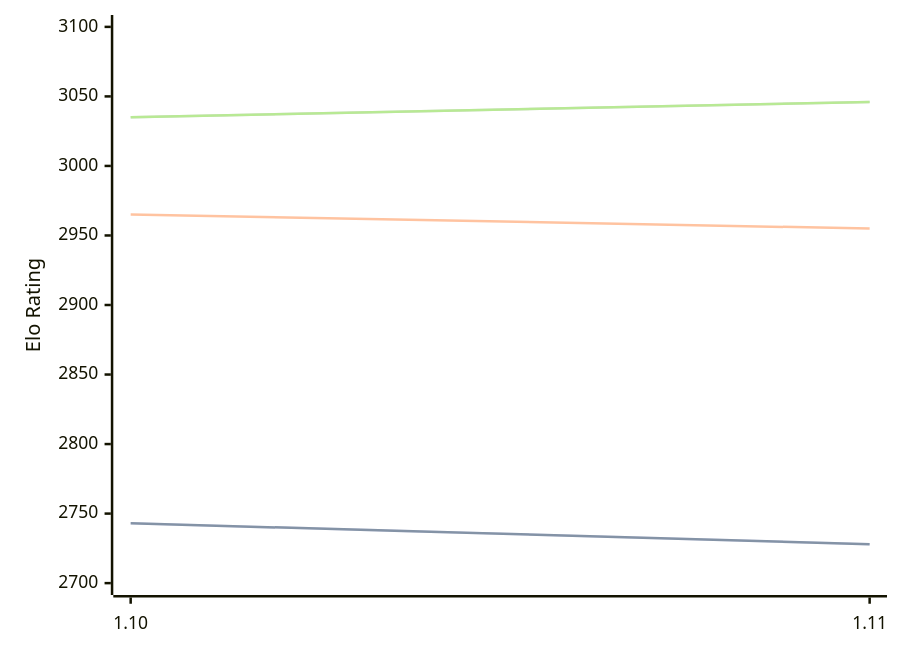
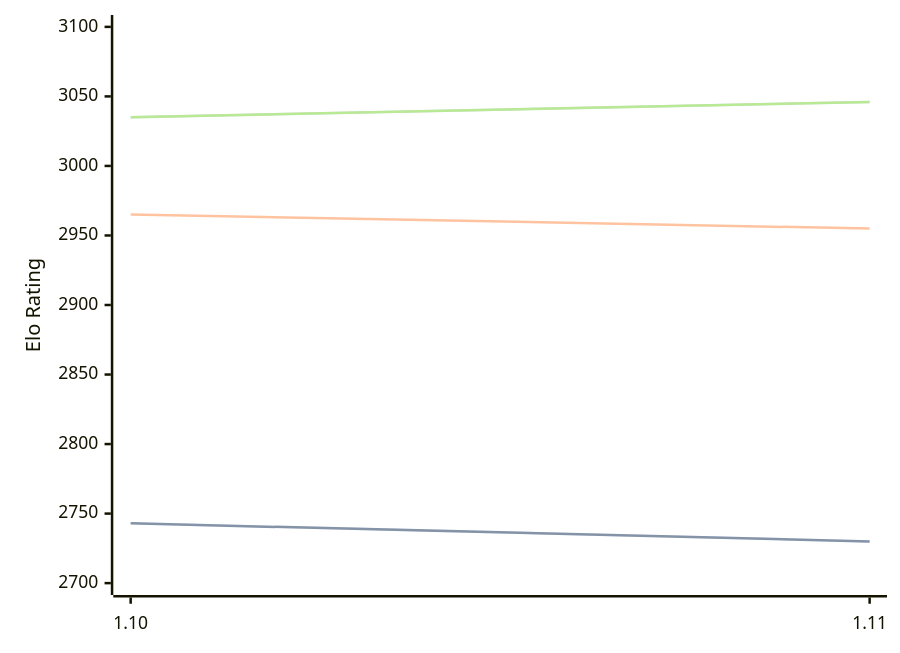
Before and after one commit to computer-chess-index/cci: the diagram in engines/Roc.md, drawn with Mermaid. The commit also changed other lines of this file, not shown here.

````diff
--- a/engines/Roc.md
+++ b/engines/Roc.md
@@ -42,11 +42,11 @@
 ```mermaid
 %%{init: {"theme":"base","themeVariables":{"seriesColors:['#a3a3a3','#222221','#faa371']}}}%%
 xychart-beta
   x-axis ["1.10", "1.11"]
   y-axis "Elo Rating" 2700 --> 3100
-  line "" [2743, 2728]
-  line "STC (8.0+0.08s)" [2743, 2728]
+  line "" [2743, 2730]
+  line "STC (8.0+0.08s)" [2743, 2730]
   line "LTC (60.0+0.60s)" [2965, 2955]
   line "" [3035, 3046]
   line "VLTC (2m24s+1.12s)" [3035, 3046]
 ```
````
